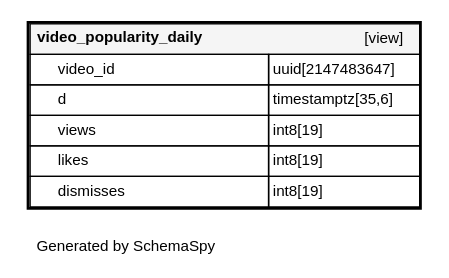
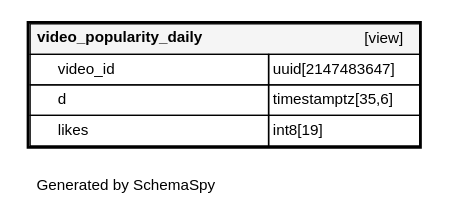
One commit to yotadata/adult_matching changed the diagram in db-docs/diagrams/tables/video_popularity_daily.1degree.dot. Above: the diagram before and after it, drawn with Graphviz. The commit also changed 65 other files, not shown here.

```diff
--- a/db-docs/diagrams/tables/video_popularity_daily.1degree.dot
+++ b/db-docs/diagrams/tables/video_popularity_daily.1degree.dot
@@ -1,17 +1,15 @@
 digraph "oneDegreeRelationshipsDiagram" {
   graph [    rankdir="RL"    bgcolor="#ffffff"    label="\nGenerated by SchemaSpy"    labeljust="l"    nodesep="0.18"    ranksep="0.46"    fontname="Helvetica"    fontsize="11"    ration="compress"  ];  node [    fontname="Helvetica"    fontsize="11"    shape="plaintext"  ];  edge [    arrowsize="0.8"  ];
   "video_popularity_daily" [
    label=<
     <TABLE BORDER="2" CELLBORDER="1" CELLSPACING="0" BGCOLOR="#ffffff">
       <TR><TD COLSPAN="4"  BGCOLOR="#f5f5f5"><TABLE BORDER="0" CELLSPACING="0"><TR><TD ALIGN="LEFT" FIXEDSIZE="TRUE" WIDTH="151" HEIGHT="16"><B>video_popularity_daily</B></TD><TD ALIGN="RIGHT">[view]</TD></TR></TABLE></TD></TR>
       <TR><TD PORT="video_id" COLSPAN="2" ALIGN="LEFT"><TABLE BORDER="0" CELLSPACING="0" ALIGN="LEFT"><TR ALIGN="LEFT"><TD ALIGN="LEFT" FIXEDSIZE="TRUE" WIDTH="15" HEIGHT="16"></TD><TD ALIGN="LEFT" FIXEDSIZE="TRUE" WIDTH="151" HEIGHT="16">video_id</TD></TR></TABLE></TD><TD PORT="video_id.type" ALIGN="LEFT">uuid[2147483647]</TD></TR>
       <TR><TD PORT="d" COLSPAN="2" ALIGN="LEFT"><TABLE BORDER="0" CELLSPACING="0" ALIGN="LEFT"><TR ALIGN="LEFT"><TD ALIGN="LEFT" FIXEDSIZE="TRUE" WIDTH="15" HEIGHT="16"></TD><TD ALIGN="LEFT" FIXEDSIZE="TRUE" WIDTH="151" HEIGHT="16">d</TD></TR></TABLE></TD><TD PORT="d.type" ALIGN="LEFT">timestamptz[35,6]</TD></TR>
-      <TR><TD PORT="views" COLSPAN="2" ALIGN="LEFT"><TABLE BORDER="0" CELLSPACING="0" ALIGN="LEFT"><TR ALIGN="LEFT"><TD ALIGN="LEFT" FIXEDSIZE="TRUE" WIDTH="15" HEIGHT="16"></TD><TD ALIGN="LEFT" FIXEDSIZE="TRUE" WIDTH="151" HEIGHT="16">views</TD></TR></TABLE></TD><TD PORT="views.type" ALIGN="LEFT">int8[19]</TD></TR>
       <TR><TD PORT="likes" COLSPAN="2" ALIGN="LEFT"><TABLE BORDER="0" CELLSPACING="0" ALIGN="LEFT"><TR ALIGN="LEFT"><TD ALIGN="LEFT" FIXEDSIZE="TRUE" WIDTH="15" HEIGHT="16"></TD><TD ALIGN="LEFT" FIXEDSIZE="TRUE" WIDTH="151" HEIGHT="16">likes</TD></TR></TABLE></TD><TD PORT="likes.type" ALIGN="LEFT">int8[19]</TD></TR>
-      <TR><TD PORT="dismisses" COLSPAN="2" ALIGN="LEFT"><TABLE BORDER="0" CELLSPACING="0" ALIGN="LEFT"><TR ALIGN="LEFT"><TD ALIGN="LEFT" FIXEDSIZE="TRUE" WIDTH="15" HEIGHT="16"></TD><TD ALIGN="LEFT" FIXEDSIZE="TRUE" WIDTH="151" HEIGHT="16">dismisses</TD></TR></TABLE></TD><TD PORT="dismisses.type" ALIGN="LEFT">int8[19]</TD></TR>
     </TABLE>>
     URL="video_popularity_daily.html"
     target="_top"
     tooltip="video_popularity_daily"
   ];
 }
```
